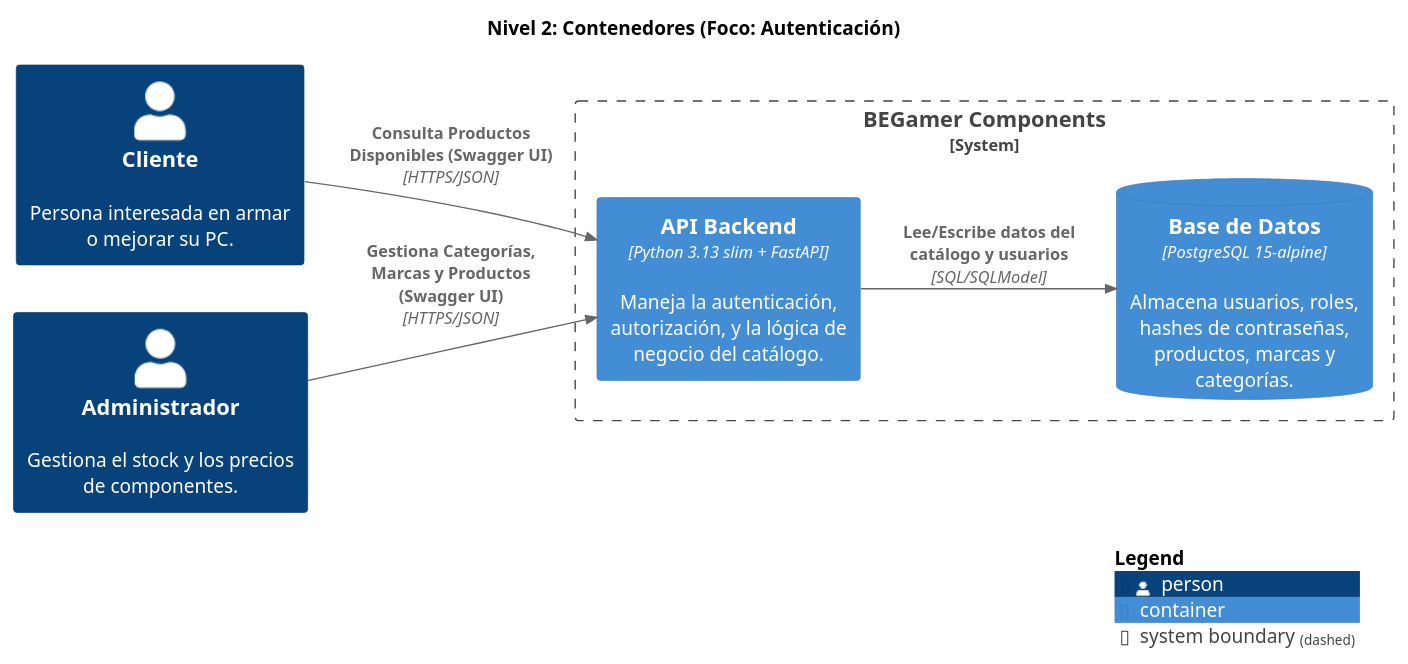
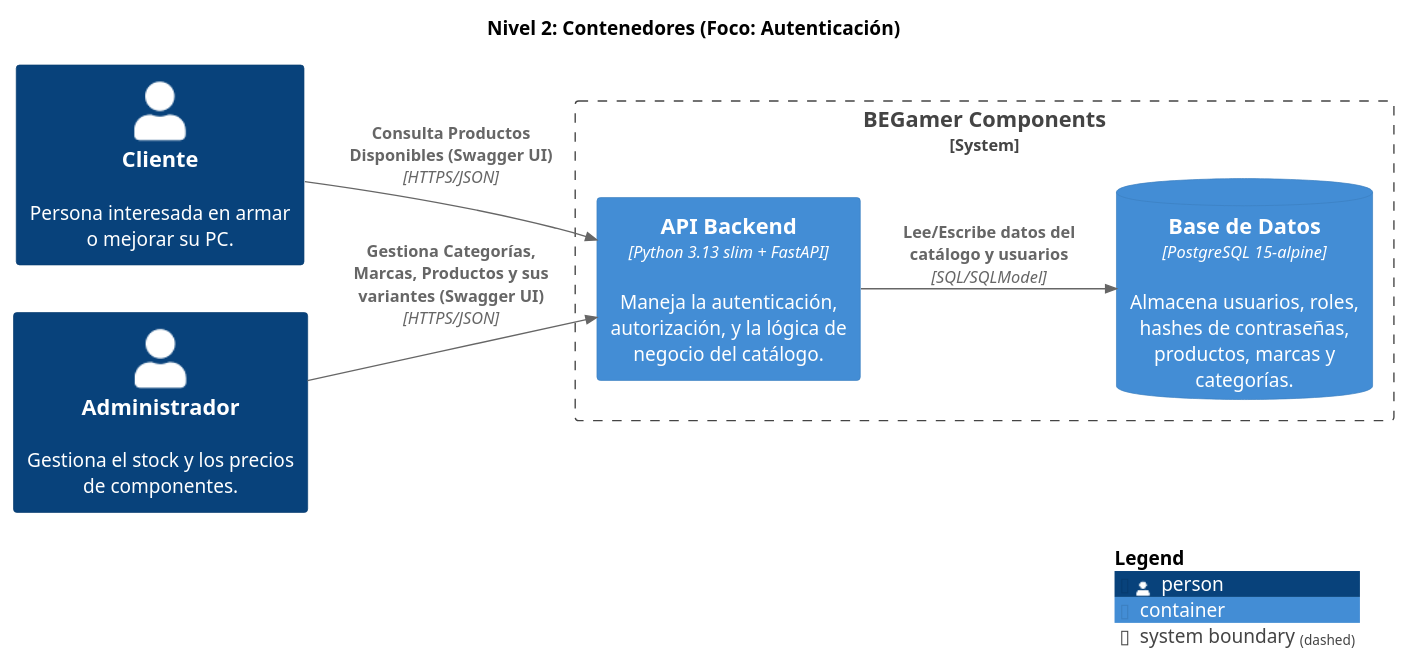
Before and after one commit to BruizN/BEGAMER-PC-COMPONENTS: the diagram in master/puml/Contenedores.puml, drawn with PlantUML. The commit also changed 9 other files, not shown here.

```diff
--- a/master/puml/Contenedores.puml
+++ b/master/puml/Contenedores.puml
@@ -1,24 +1,24 @@
 @startuml
 set separator none
 title Nivel 2: Contenedores (Foco: Autenticación)
 
 left to right direction
 
 !include <C4/C4>
 !include <C4/C4_Context>
 !include <C4/C4_Container>
 
 Person(Cliente, "Cliente", $descr="Persona interesada en armar o mejorar su PC.", $tags="", $link="")
 Person(Administrador, "Administrador", $descr="Gestiona el stock y los precios de componentes.", $tags="", $link="")
 
 System_Boundary("BEGamerComponents_boundary", "BEGamer Components", $tags="") {
   Container(BEGamerComponents.APIBackend, "API Backend", $techn="Python 3.13 slim + FastAPI", $descr="Maneja la autenticación, autorización, y la lógica de negocio del catálogo.", $tags="", $link="")
   ContainerDb(BEGamerComponents.BasedeDatos, "Base de Datos", $techn="PostgreSQL 15-alpine", $descr="Almacena usuarios, roles, hashes de contraseñas, productos, marcas y categorías.", $tags="", $link="")
 }
 
-Rel(Administrador, BEGamerComponents.APIBackend, "Gestiona Categorías, Marcas y Productos (Swagger UI)", $techn="HTTPS/JSON", $tags="", $link="")
+Rel(Administrador, BEGamerComponents.APIBackend, "Gestiona Categorías, Marcas, Productos y sus variantes (Swagger UI)", $techn="HTTPS/JSON", $tags="", $link="")
 Rel(Cliente, BEGamerComponents.APIBackend, "Consulta Productos Disponibles (Swagger UI)", $techn="HTTPS/JSON", $tags="", $link="")
 Rel(BEGamerComponents.APIBackend, BEGamerComponents.BasedeDatos, "Lee/Escribe datos del catálogo y usuarios", $techn="SQL/SQLModel", $tags="", $link="")
 
 SHOW_LEGEND(true)
 @enduml
```
